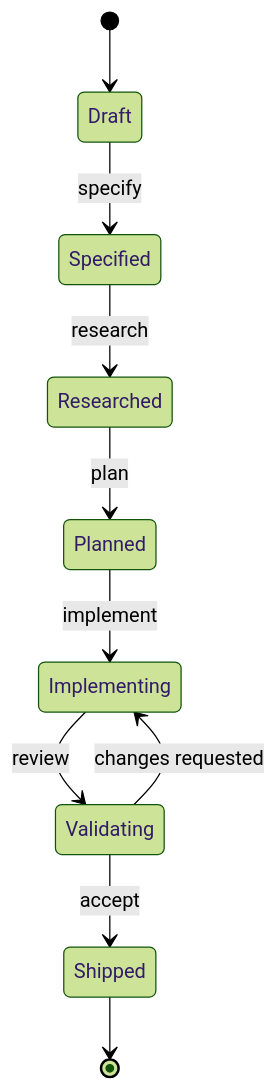
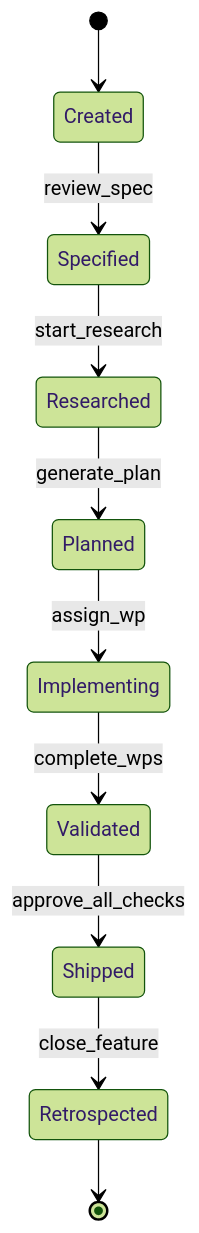
The first of 2 diagrams in docs/concepts/governance.md (KooshaPari/AgilePlus), drawn with Mermaid (forest theme) before and after one commit. The commit also changed other lines of this file and 47 other files, not shown here.

First line of the commit message:
docs: expand all 50+ doc pages with comprehensive content, mermaid diagrams

````diff
--- a/docs/concepts/governance.md
+++ b/docs/concepts/governance.md
@@ -13,12 +13,12 @@
 ```mermaid
 stateDiagram-v2
-    [*] --> Draft
-    Draft --> Specified : specify
-    Specified --> Researched : research
-    Researched --> Planned : plan
-    Planned --> Implementing : implement
-    Implementing --> Validating : review
-    Validating --> Implementing : changes requested
-    Validating --> Shipped : accept
-    Shipped --> [*]
+    [*] --> Created
+    Created --> Specified : review_spec
+    Specified --> Researched : start_research
+    Researched --> Planned : generate_plan
+    Planned --> Implementing : assign_wp
+    Implementing --> Validated : complete_wps
+    Validated --> Shipped : approve_all_checks
+    Shipped --> Retrospected : close_feature
+    Retrospected --> [*]
 ```
````
